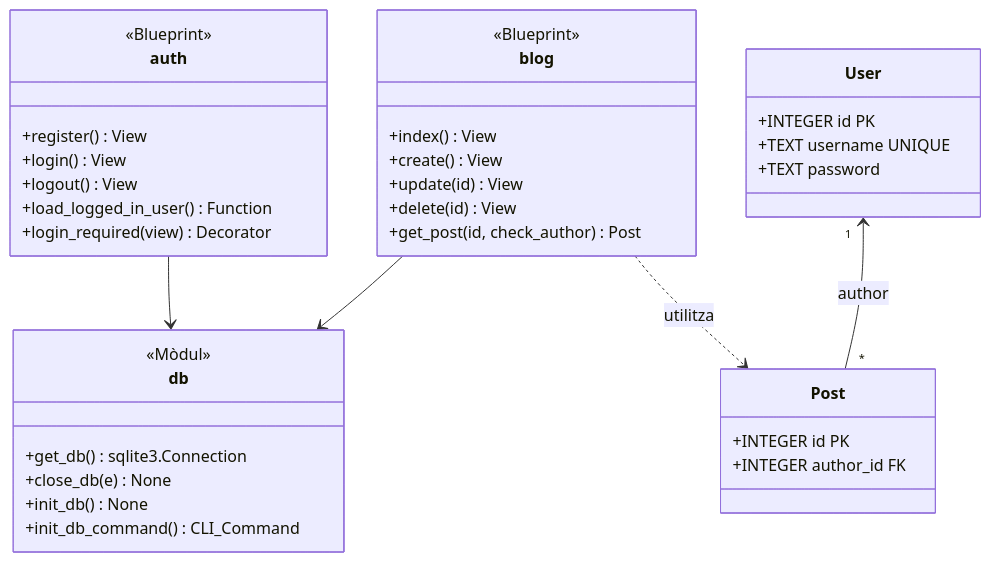
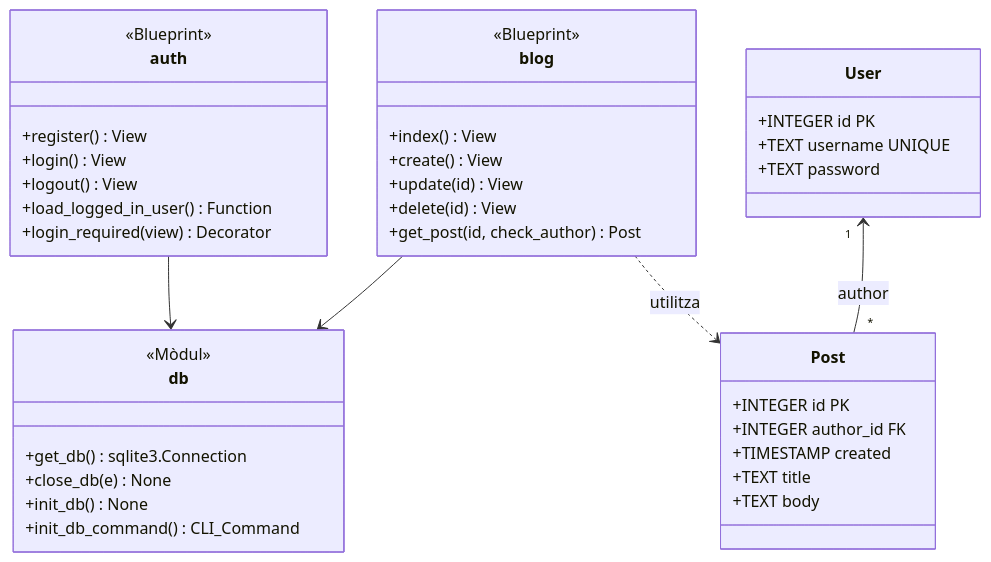
The diagram in doc/diagcomponents.md (valerioc9/BlogFlaskTutorial), drawn with Mermaid before and after one commit.

````diff
--- a/doc/diagcomponents.md
+++ b/doc/diagcomponents.md
@@ -13,45 +13,48 @@
 ```mermaid
 
 classDiagram
     class auth {
         <<Blueprint>>
         +register() View
         +login() View
         +logout() View
         +load_logged_in_user() Function
         +login_required(view) Decorator
     }
 
     class blog {
         <<Blueprint>>
         +index() View
         +create() View
         +update(id) View
         +delete(id) View
         +get_post(id, check_author) Post
     }
 
     class db {
         <<Mòdul>>
         +get_db() sqlite3.Connection
         +close_db(e) None
         +init_db() None
         +init_db_command() CLI_Command
     }
 
     class User {
         +INTEGER id PK
         +TEXT username UNIQUE
         +TEXT password
     }
 
     class Post {
         +INTEGER id PK
         +INTEGER author_id FK
+        +TIMESTAMP created
+        +TEXT title
+        +TEXT body
     }
 
     auth --> db
     blog --> db
     User "1" <-- "*" Post : author
     blog ..> Post : utilitza
 ```
````
